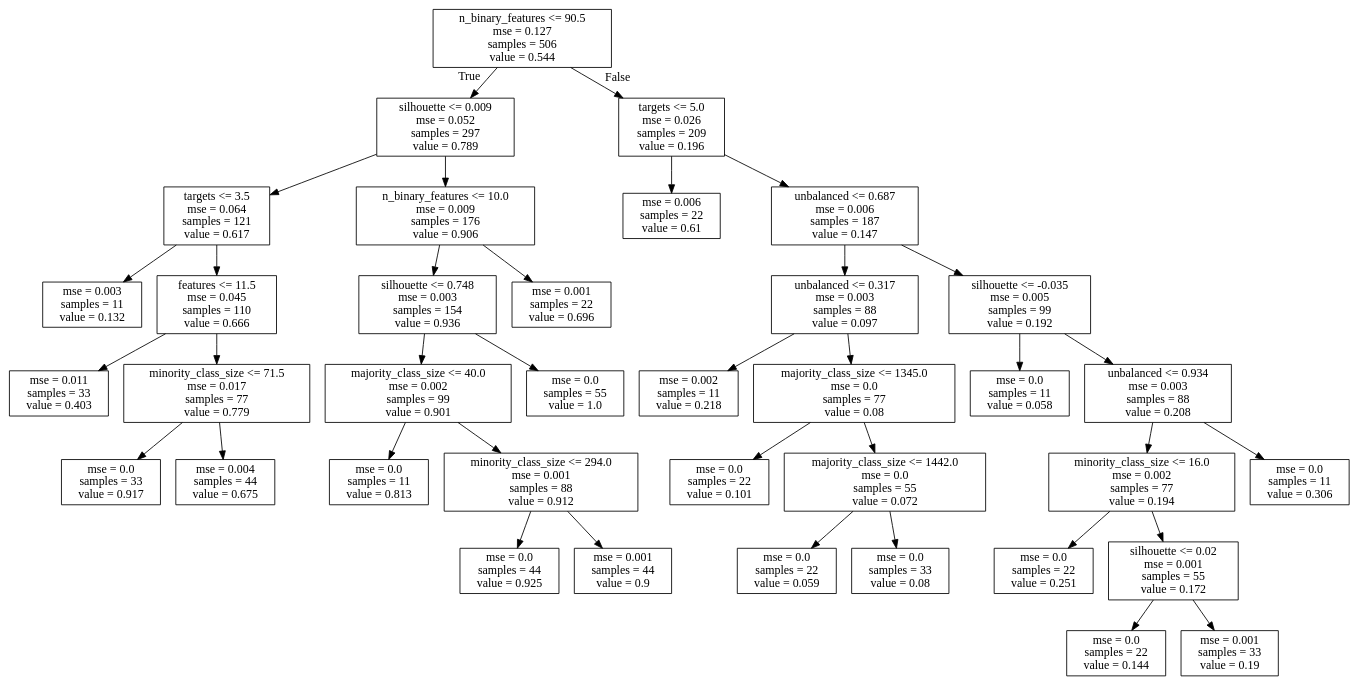
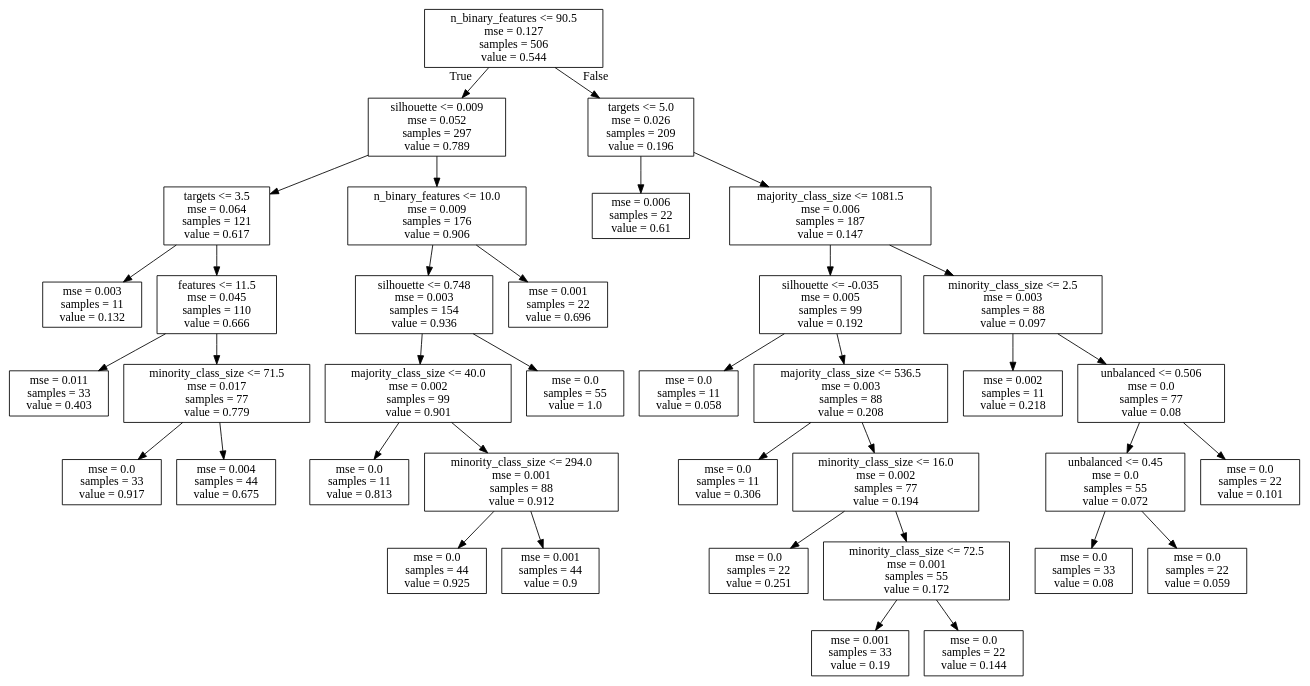
One commit to rsboos/DistributedClassifier changed the diagram in analysis/learning/regression/results/trees/cmb_dtree_f1_scores.dot. Above: the diagram before and after it, drawn with Graphviz. The commit also changed 68 other files, not shown here.

```diff
--- a/analysis/learning/regression/results/trees/cmb_dtree_f1_scores.dot
+++ b/analysis/learning/regression/results/trees/cmb_dtree_f1_scores.dot
@@ -1,76 +1,76 @@
 digraph Tree {
 node [shape=box] ;
 0 [label="n_binary_features <= 90.5\nmse = 0.127\nsamples = 506\nvalue = 0.544"] ;
 1 [label="silhouette <= 0.009\nmse = 0.052\nsamples = 297\nvalue = 0.789"] ;
 0 -> 1 [labeldistance=2.5, labelangle=45, headlabel="True"] ;
 2 [label="targets <= 3.5\nmse = 0.064\nsamples = 121\nvalue = 0.617"] ;
 1 -> 2 ;
 3 [label="mse = 0.003\nsamples = 11\nvalue = 0.132"] ;
 2 -> 3 ;
 4 [label="features <= 11.5\nmse = 0.045\nsamples = 110\nvalue = 0.666"] ;
 2 -> 4 ;
 5 [label="mse = 0.011\nsamples = 33\nvalue = 0.403"] ;
 4 -> 5 ;
 6 [label="minority_class_size <= 71.5\nmse = 0.017\nsamples = 77\nvalue = 0.779"] ;
 4 -> 6 ;
 7 [label="mse = 0.0\nsamples = 33\nvalue = 0.917"] ;
 6 -> 7 ;
 8 [label="mse = 0.004\nsamples = 44\nvalue = 0.675"] ;
 6 -> 8 ;
 9 [label="n_binary_features <= 10.0\nmse = 0.009\nsamples = 176\nvalue = 0.906"] ;
 1 -> 9 ;
 10 [label="silhouette <= 0.748\nmse = 0.003\nsamples = 154\nvalue = 0.936"] ;
 9 -> 10 ;
 11 [label="majority_class_size <= 40.0\nmse = 0.002\nsamples = 99\nvalue = 0.901"] ;
 10 -> 11 ;
 12 [label="mse = 0.0\nsamples = 11\nvalue = 0.813"] ;
 11 -> 12 ;
 13 [label="minority_class_size <= 294.0\nmse = 0.001\nsamples = 88\nvalue = 0.912"] ;
 11 -> 13 ;
 14 [label="mse = 0.0\nsamples = 44\nvalue = 0.925"] ;
 13 -> 14 ;
 15 [label="mse = 0.001\nsamples = 44\nvalue = 0.9"] ;
 13 -> 15 ;
 16 [label="mse = 0.0\nsamples = 55\nvalue = 1.0"] ;
 10 -> 16 ;
 17 [label="mse = 0.001\nsamples = 22\nvalue = 0.696"] ;
 9 -> 17 ;
 18 [label="targets <= 5.0\nmse = 0.026\nsamples = 209\nvalue = 0.196"] ;
 0 -> 18 [labeldistance=2.5, labelangle=-45, headlabel="False"] ;
 19 [label="mse = 0.006\nsamples = 22\nvalue = 0.61"] ;
 18 -> 19 ;
-20 [label="unbalanced <= 0.687\nmse = 0.006\nsamples = 187\nvalue = 0.147"] ;
+20 [label="majority_class_size <= 1081.5\nmse = 0.006\nsamples = 187\nvalue = 0.147"] ;
 18 -> 20 ;
-21 [label="unbalanced <= 0.317\nmse = 0.003\nsamples = 88\nvalue = 0.097"] ;
+21 [label="silhouette <= -0.035\nmse = 0.005\nsamples = 99\nvalue = 0.192"] ;
 20 -> 21 ;
-22 [label="mse = 0.002\nsamples = 11\nvalue = 0.218"] ;
+22 [label="mse = 0.0\nsamples = 11\nvalue = 0.058"] ;
 21 -> 22 ;
-23 [label="majority_class_size <= 1345.0\nmse = 0.0\nsamples = 77\nvalue = 0.08"] ;
+23 [label="majority_class_size <= 536.5\nmse = 0.003\nsamples = 88\nvalue = 0.208"] ;
 21 -> 23 ;
-24 [label="mse = 0.0\nsamples = 22\nvalue = 0.101"] ;
+24 [label="mse = 0.0\nsamples = 11\nvalue = 0.306"] ;
 23 -> 24 ;
-25 [label="majority_class_size <= 1442.0\nmse = 0.0\nsamples = 55\nvalue = 0.072"] ;
+25 [label="minority_class_size <= 16.0\nmse = 0.002\nsamples = 77\nvalue = 0.194"] ;
 23 -> 25 ;
-26 [label="mse = 0.0\nsamples = 22\nvalue = 0.059"] ;
+26 [label="mse = 0.0\nsamples = 22\nvalue = 0.251"] ;
 25 -> 26 ;
-27 [label="mse = 0.0\nsamples = 33\nvalue = 0.08"] ;
+27 [label="minority_class_size <= 72.5\nmse = 0.001\nsamples = 55\nvalue = 0.172"] ;
 25 -> 27 ;
-28 [label="silhouette <= -0.035\nmse = 0.005\nsamples = 99\nvalue = 0.192"] ;
-20 -> 28 ;
-29 [label="mse = 0.0\nsamples = 11\nvalue = 0.058"] ;
-28 -> 29 ;
-30 [label="unbalanced <= 0.934\nmse = 0.003\nsamples = 88\nvalue = 0.208"] ;
-28 -> 30 ;
-31 [label="minority_class_size <= 16.0\nmse = 0.002\nsamples = 77\nvalue = 0.194"] ;
+28 [label="mse = 0.001\nsamples = 33\nvalue = 0.19"] ;
+27 -> 28 ;
+29 [label="mse = 0.0\nsamples = 22\nvalue = 0.144"] ;
+27 -> 29 ;
+30 [label="minority_class_size <= 2.5\nmse = 0.003\nsamples = 88\nvalue = 0.097"] ;
+20 -> 30 ;
+31 [label="mse = 0.002\nsamples = 11\nvalue = 0.218"] ;
 30 -> 31 ;
-32 [label="mse = 0.0\nsamples = 22\nvalue = 0.251"] ;
-31 -> 32 ;
-33 [label="silhouette <= 0.02\nmse = 0.001\nsamples = 55\nvalue = 0.172"] ;
-31 -> 33 ;
-34 [label="mse = 0.0\nsamples = 22\nvalue = 0.144"] ;
+32 [label="unbalanced <= 0.506\nmse = 0.0\nsamples = 77\nvalue = 0.08"] ;
+30 -> 32 ;
+33 [label="unbalanced <= 0.45\nmse = 0.0\nsamples = 55\nvalue = 0.072"] ;
+32 -> 33 ;
+34 [label="mse = 0.0\nsamples = 33\nvalue = 0.08"] ;
 33 -> 34 ;
-35 [label="mse = 0.001\nsamples = 33\nvalue = 0.19"] ;
+35 [label="mse = 0.0\nsamples = 22\nvalue = 0.059"] ;
 33 -> 35 ;
-36 [label="mse = 0.0\nsamples = 11\nvalue = 0.306"] ;
-30 -> 36 ;
+36 [label="mse = 0.0\nsamples = 22\nvalue = 0.101"] ;
+32 -> 36 ;
 }
```
